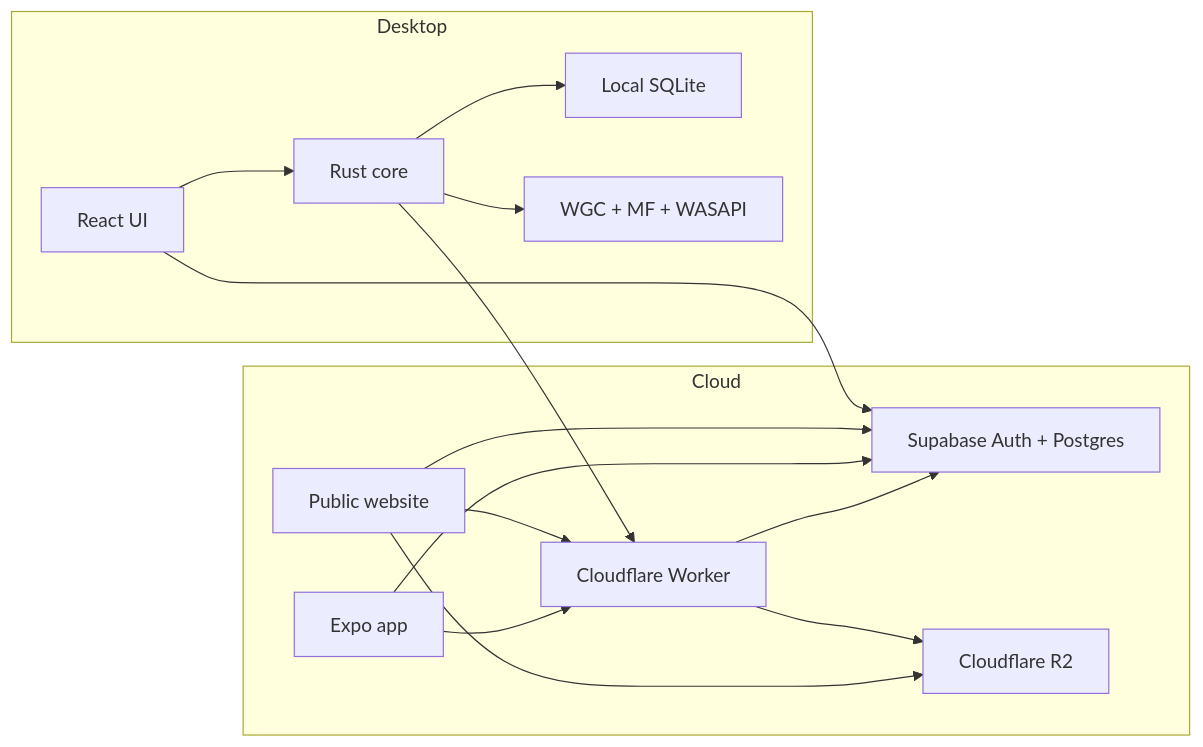
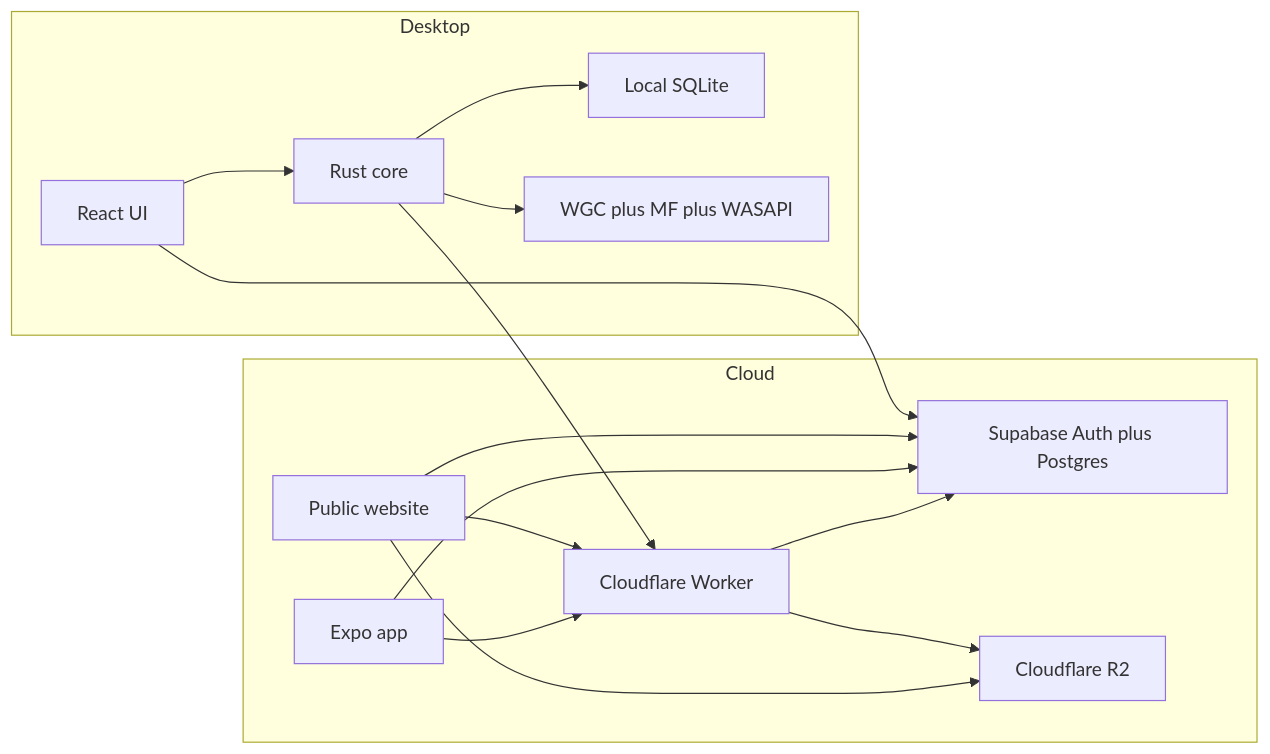
Before and after one commit to elite6108/replayr: the first of 2 diagrams in README.md, drawn with Mermaid. The commit also changed other lines of this file and 16 other files, not shown here.

````diff
--- a/README.md
+++ b/README.md
@@ -30,28 +90,28 @@
 ```mermaid
 flowchart LR
   subgraph desktop [Desktop]
     UI[React UI]
     Core[Rust core]
     SQLite[Local SQLite]
-    Capture[WGC + MF + WASAPI]
+    Capture[WGC plus MF plus WASAPI]
   end
   subgraph cloud [Cloud]
-    Auth[Supabase Auth + Postgres]
+    Auth[Supabase Auth plus Postgres]
     API[Cloudflare Worker]
     R2[Cloudflare R2]
     Web[Public website]
     Mobile[Expo app]
   end
   UI --> Core
   Core --> SQLite
   Core --> Capture
   UI --> Auth
   Core --> API
   Web --> Auth
   Web --> API
   Mobile --> Auth
   Mobile --> API
   API --> Auth
   API --> R2
   Web --> R2
 ```
````
